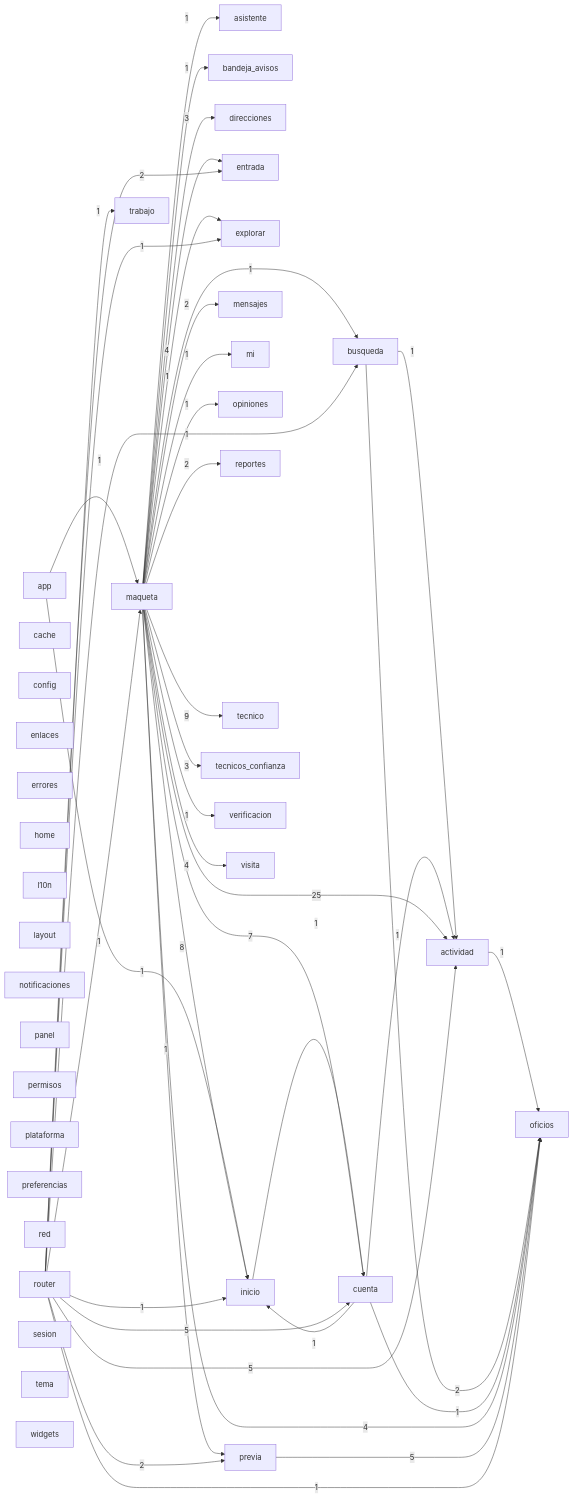
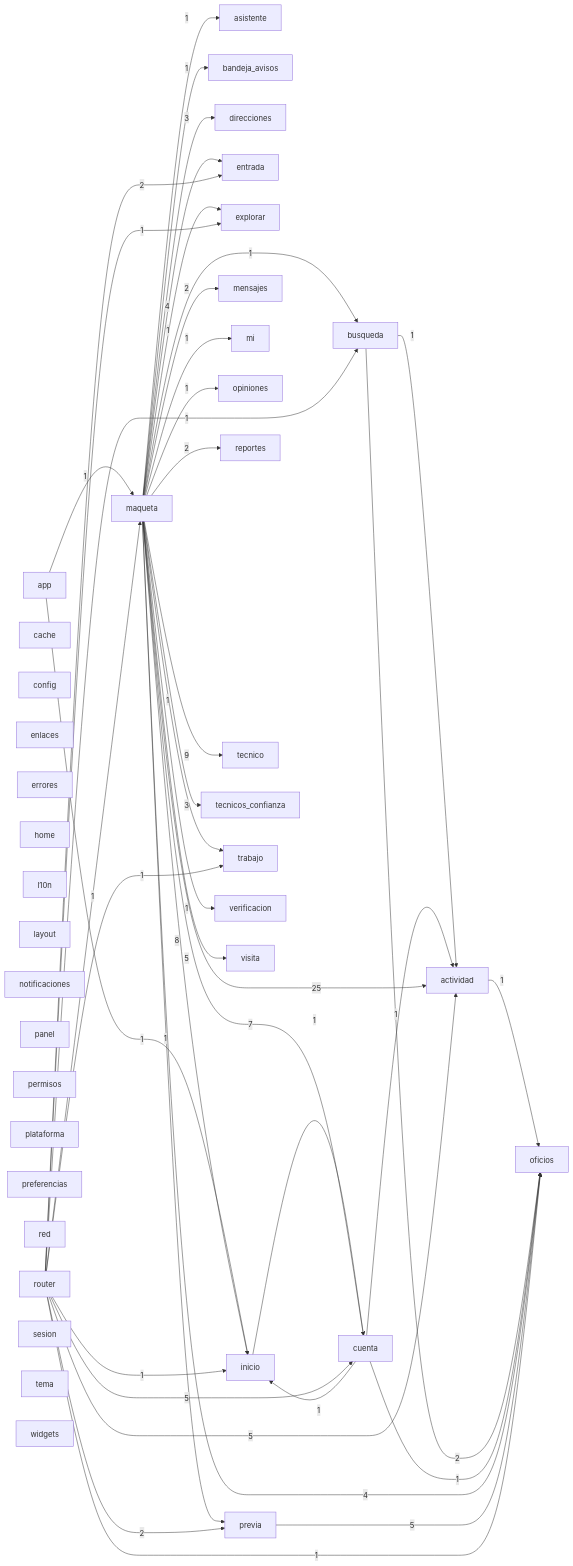
One commit to Tensei-Devs/knock-frontend changed the diagram in docs/architecture/modules.mmd. Above: the diagram before and after it, drawn with Mermaid. The commit also changed 23 other files, not shown here.

```diff
--- a/docs/architecture/modules.mmd
+++ b/docs/architecture/modules.mmd
@@ -1,79 +1,80 @@
 graph LR
   actividad["actividad"]
   app["app"]
   asistente["asistente"]
   bandeja_avisos["bandeja_avisos"]
   busqueda["busqueda"]
   cache["cache"]
   config["config"]
   cuenta["cuenta"]
   direcciones["direcciones"]
   enlaces["enlaces"]
   entrada["entrada"]
   errores["errores"]
   explorar["explorar"]
   home["home"]
   inicio["inicio"]
   l10n["l10n"]
   layout["layout"]
   maqueta["maqueta"]
   mensajes["mensajes"]
   mi["mi"]
   notificaciones["notificaciones"]
   oficios["oficios"]
   opiniones["opiniones"]
   panel["panel"]
   permisos["permisos"]
   plataforma["plataforma"]
   preferencias["preferencias"]
   previa["previa"]
   red["red"]
   reportes["reportes"]
   router["router"]
   sesion["sesion"]
   tecnico["tecnico"]
   tecnicos_confianza["tecnicos_confianza"]
   tema["tema"]
   trabajo["trabajo"]
   verificacion["verificacion"]
   visita["visita"]
   widgets["widgets"]
   actividad -->|1| oficios
   app -->|1| inicio
   app -->|1| maqueta
   busqueda -->|1| actividad
   busqueda -->|2| oficios
   cuenta -->|1| actividad
   cuenta -->|1| inicio
   cuenta -->|1| oficios
   inicio -->|1| cuenta
   maqueta -->|25| actividad
   maqueta -->|1| asistente
   maqueta -->|1| bandeja_avisos
   maqueta -->|1| busqueda
   maqueta -->|7| cuenta
   maqueta -->|3| direcciones
   maqueta -->|4| entrada
   maqueta -->|1| explorar
   maqueta -->|8| inicio
   maqueta -->|2| mensajes
   maqueta -->|1| mi
   maqueta -->|4| oficios
   maqueta -->|1| opiniones
   maqueta -->|1| previa
   maqueta -->|2| reportes
   maqueta -->|9| tecnico
   maqueta -->|3| tecnicos_confianza
+  maqueta -->|1| trabajo
   maqueta -->|1| verificacion
-  maqueta -->|4| visita
+  maqueta -->|5| visita
   previa -->|5| oficios
   router -->|5| actividad
   router -->|1| busqueda
   router -->|5| cuenta
   router -->|2| entrada
   router -->|1| explorar
   router -->|1| inicio
   router -->|1| maqueta
   router -->|1| oficios
   router -->|2| previa
   router -->|1| trabajo
```
